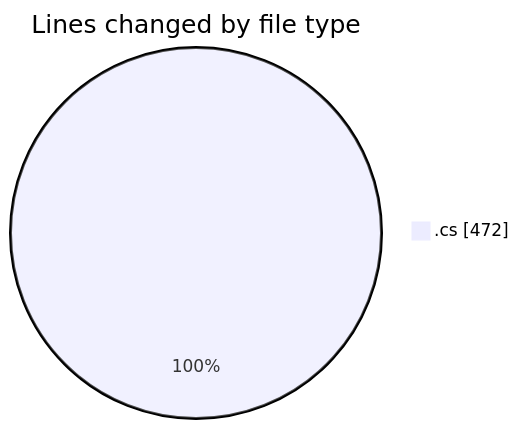
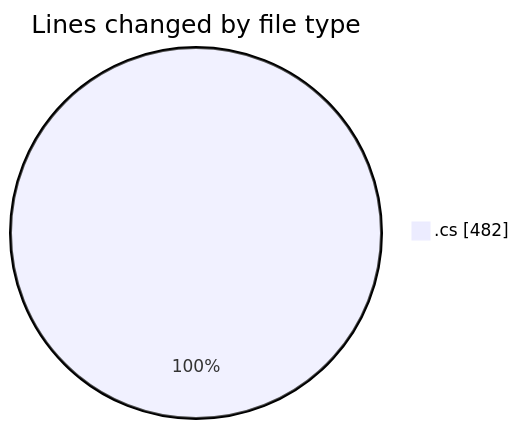
The first of 2 diagrams in 2025-03-29/back-end/README.md (Netris89/code-tracking), drawn with Mermaid before and after one commit. The commit also changed other lines of this file and 1 other file, not shown here.

````diff
--- a/2025-03-29/back-end/README.md
+++ b/2025-03-29/back-end/README.md
@@ -21,5 +21,5 @@
 ```mermaid
 pie showData
 title Lines changed by file type
-".cs" : 472
+".cs" : 482
 ```
````
